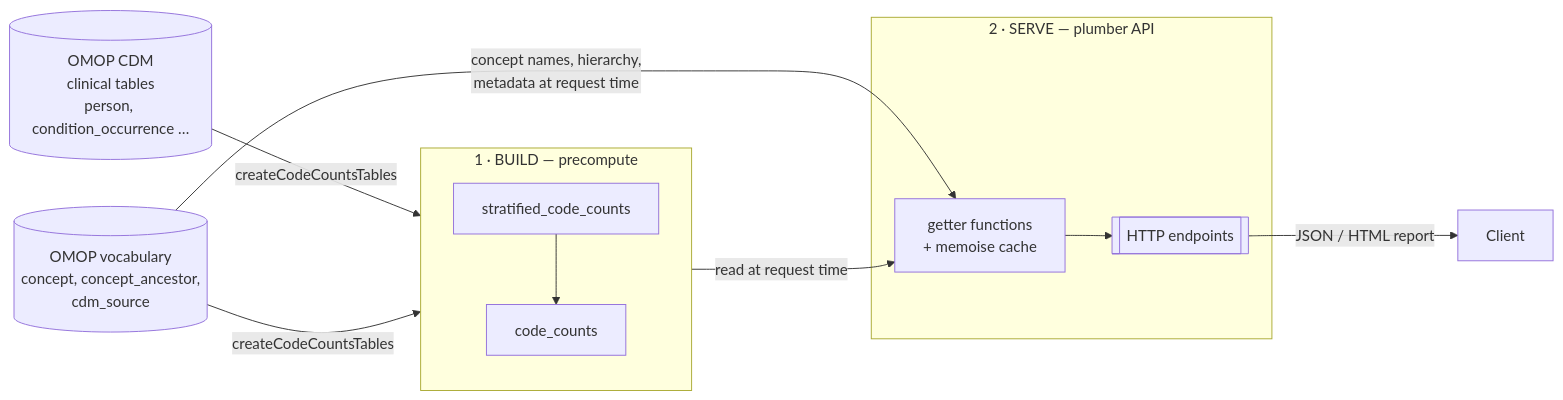
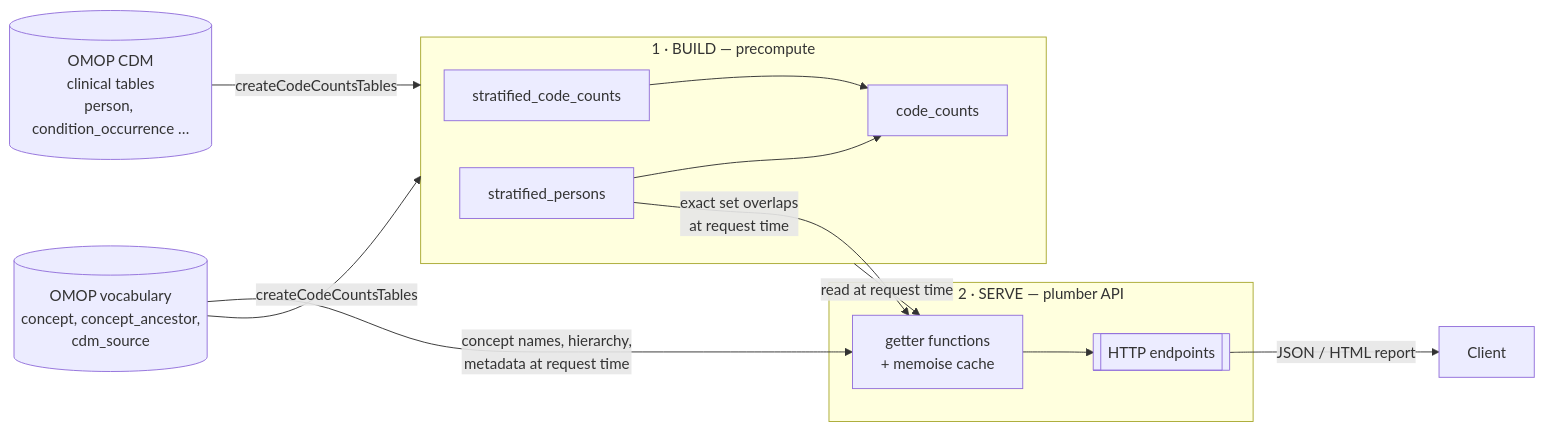
Before and after one commit to FINNGEN/ROMOPAPI: the diagram in development/STRUCTURE.md, drawn with Mermaid. The commit also changed other lines of this file and 11 other files, not shown here.

````diff
--- a/development/STRUCTURE.md
+++ b/development/STRUCTURE.md
@@ -17,23 +17,26 @@
 ```mermaid
 flowchart LR
     CDM[(OMOP CDM<br/>clinical tables<br/>person, condition_occurrence …)]
     VOCAB[(OMOP vocabulary<br/>concept, concept_ancestor,<br/>cdm_source)]
 
     subgraph build [1 · BUILD  — precompute]
         S[stratified_code_counts]
+        P[stratified_persons]
         C[code_counts]
         S --> C
+        P --> C
     end
 
     subgraph serve [2 · SERVE  — plumber API]
         G[getter functions<br/>+ memoise cache]
         E[[HTTP endpoints]]
         G --> E
     end
 
     CDM -->|createCodeCountsTables| build
     VOCAB -->|createCodeCountsTables| build
     build -->|read at request time| G
+    P -->|exact set overlaps<br/>at request time| G
     VOCAB -->|concept names, hierarchy,<br/>metadata at request time| G
     E -->|JSON / HTML report| Client[Client]
 ```
````
